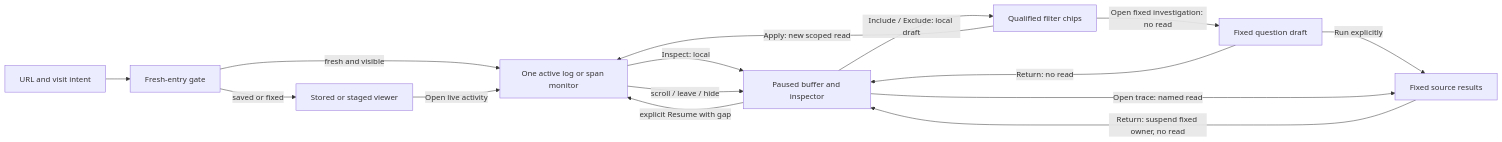
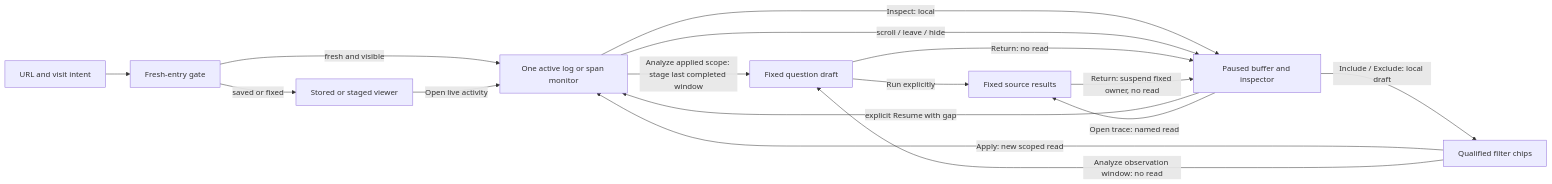
Before and after one commit to casselc/goo: the diagram in docs/LIVE_ACTIVITY.md, drawn with Mermaid. The commit also changed other lines of this file and 34 other files, not shown here.

````diff
--- a/docs/LIVE_ACTIVITY.md
+++ b/docs/LIVE_ACTIVITY.md
@@ -41,17 +41,18 @@
 ```mermaid
 flowchart LR
   URL[URL and visit intent] --> Gate[Fresh-entry gate]
   Gate -->|fresh and visible| Monitor[One active log or span monitor]
   Gate -->|saved or fixed| Fixed[Stored or staged viewer]
+  Monitor -->|Analyze applied scope: stage last completed window| Staged
   Monitor -->|Inspect: local| Held[Paused buffer and inspector]
   Monitor -->|scroll / leave / hide| Held
   Held -->|explicit Resume with gap| Monitor
   Held -->|Include / Exclude: local draft| Draft[Qualified filter chips]
   Draft -->|Apply: new scoped read| Monitor
-  Draft -->|Open fixed investigation: no read| Staged[Fixed question draft]
+  Draft -->|Analyze observation window: no read| Staged[Fixed question draft]
   Staged -->|Run explicitly| Context[Fixed source results]
   Staged -->|Return: no read| Held
   Context -->|Return: suspend fixed owner, no read| Held
   Held -->|Open trace: named read| Context
   Fixed -->|Open live activity| Monitor
 ```
````
